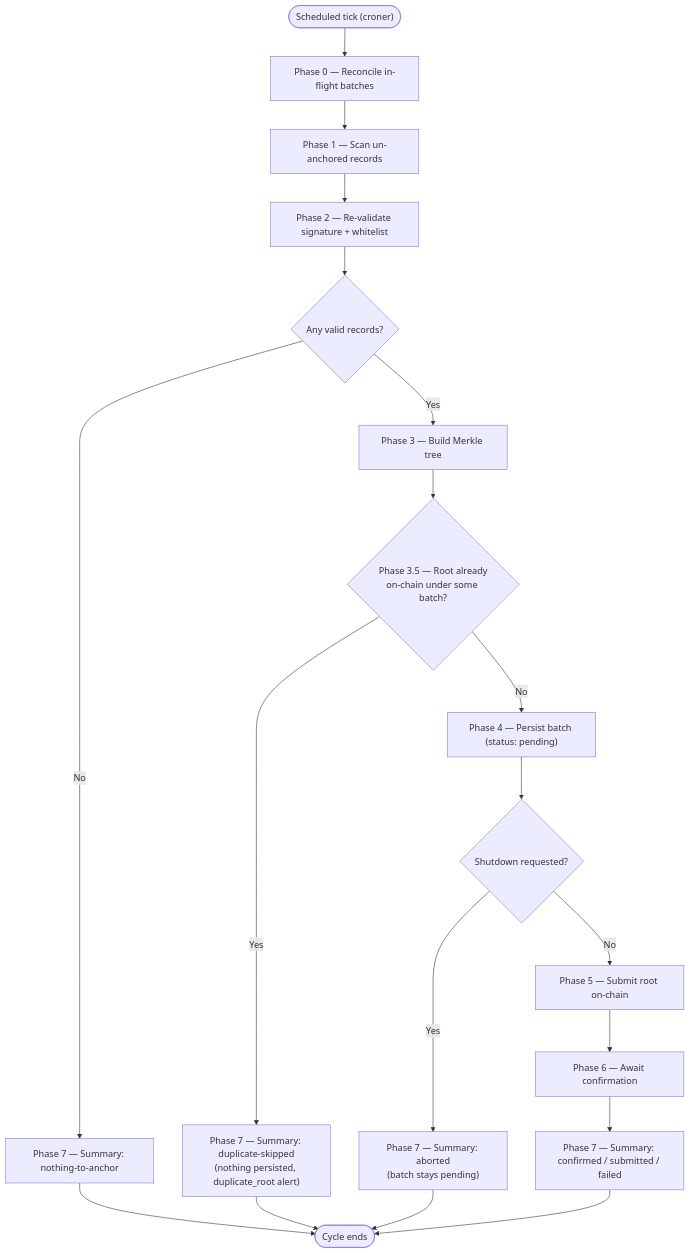
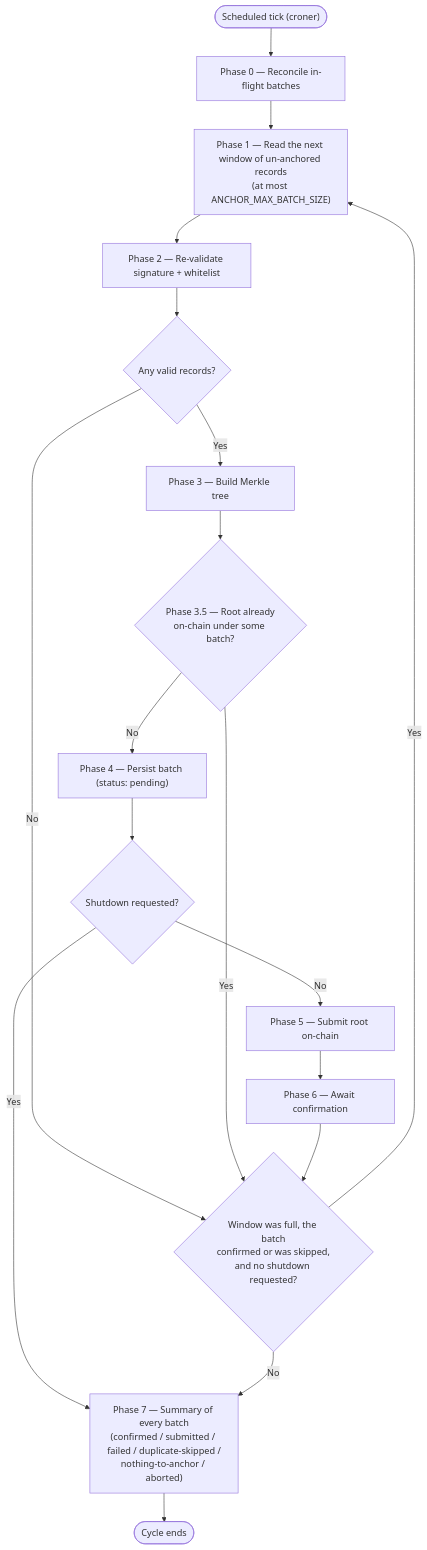
One commit to DanielCorbellini/madis changed the diagram in docs/en/ANCHOR_SERVICE_EXECUTION_CYCLE.md. Above: the diagram before and after it, drawn with Mermaid. The commit also changed other lines of this file and 12 other files, not shown here.

Commit message:
feat(anchor-service): anchor the backlog in batches of at most ANCHOR_MAX_BATCH_SIZE records

````diff
--- a/docs/en/ANCHOR_SERVICE_EXECUTION_CYCLE.md
+++ b/docs/en/ANCHOR_SERVICE_EXECUTION_CYCLE.md
@@ -54,21 +54,20 @@
 ```mermaid
 flowchart TD
     Start(["Scheduled tick (croner)"]) --> P0["Phase 0 — Reconcile in-flight batches"]
-    P0 --> P1["Phase 1 — Scan un-anchored records"]
+    P0 --> P1["Phase 1 — Read the next window of un-anchored records<br/>(at most ANCHOR_MAX_BATCH_SIZE)"]
     P1 --> P2["Phase 2 — Re-validate signature + whitelist"]
     P2 --> D1{"Any valid records?"}
-    D1 -- No --> S1["Phase 7 — Summary: nothing-to-anchor"]
+    D1 -- No --> NEXT
     D1 -- Yes --> P3["Phase 3 — Build Merkle tree"]
     P3 --> D3{"Phase 3.5 — Root already<br/>on-chain under some batch?"}
-    D3 -- Yes --> S4["Phase 7 — Summary: duplicate-skipped<br/>(nothing persisted, duplicate_root alert)"]
+    D3 -- Yes --> NEXT
     D3 -- No --> P4["Phase 4 — Persist batch (status: pending)"]
     P4 --> D2{"Shutdown requested?"}
-    D2 -- Yes --> S2["Phase 7 — Summary: aborted<br/>(batch stays pending)"]
+    D2 -- Yes --> S7
     D2 -- No --> P5["Phase 5 — Submit root on-chain"]
     P5 --> P6["Phase 6 — Await confirmation"]
-    P6 --> S3["Phase 7 — Summary: confirmed / submitted / failed"]
-    S1 --> End(["Cycle ends"])
-    S4 --> End
-    S2 --> End
-    S3 --> End
+    P6 --> NEXT{"Window was full, the batch<br/>confirmed or was skipped,<br/>and no shutdown requested?"}
+    NEXT -- Yes --> P1
+    NEXT -- No --> S7["Phase 7 — Summary of every batch<br/>(confirmed / submitted / failed / duplicate-skipped /<br/>nothing-to-anchor / aborted)"]
+    S7 --> End(["Cycle ends"])
 ```
````
